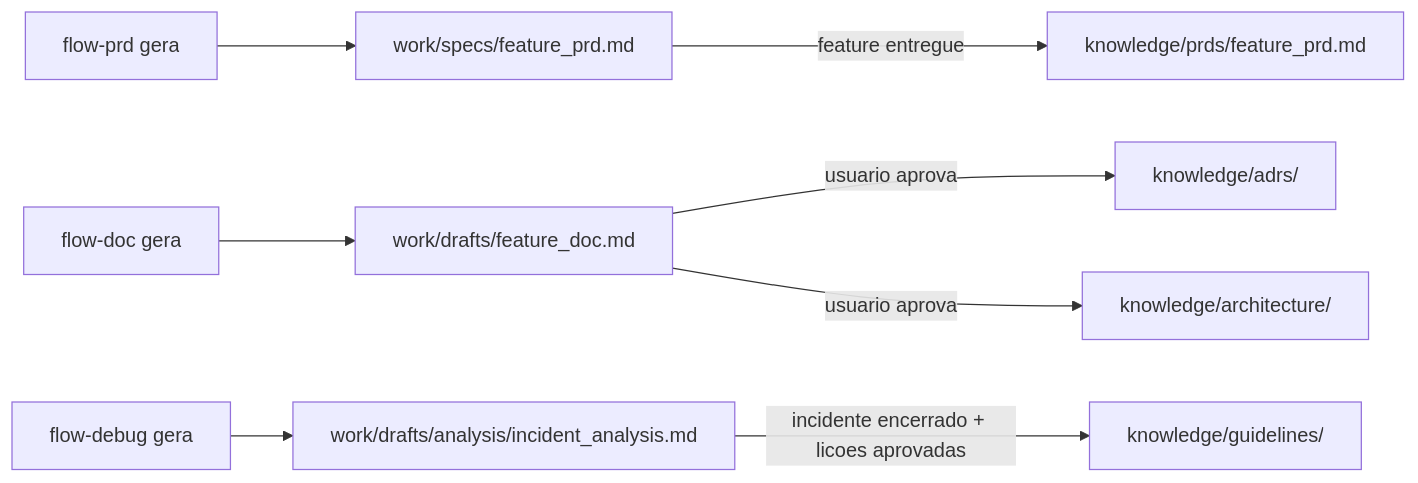
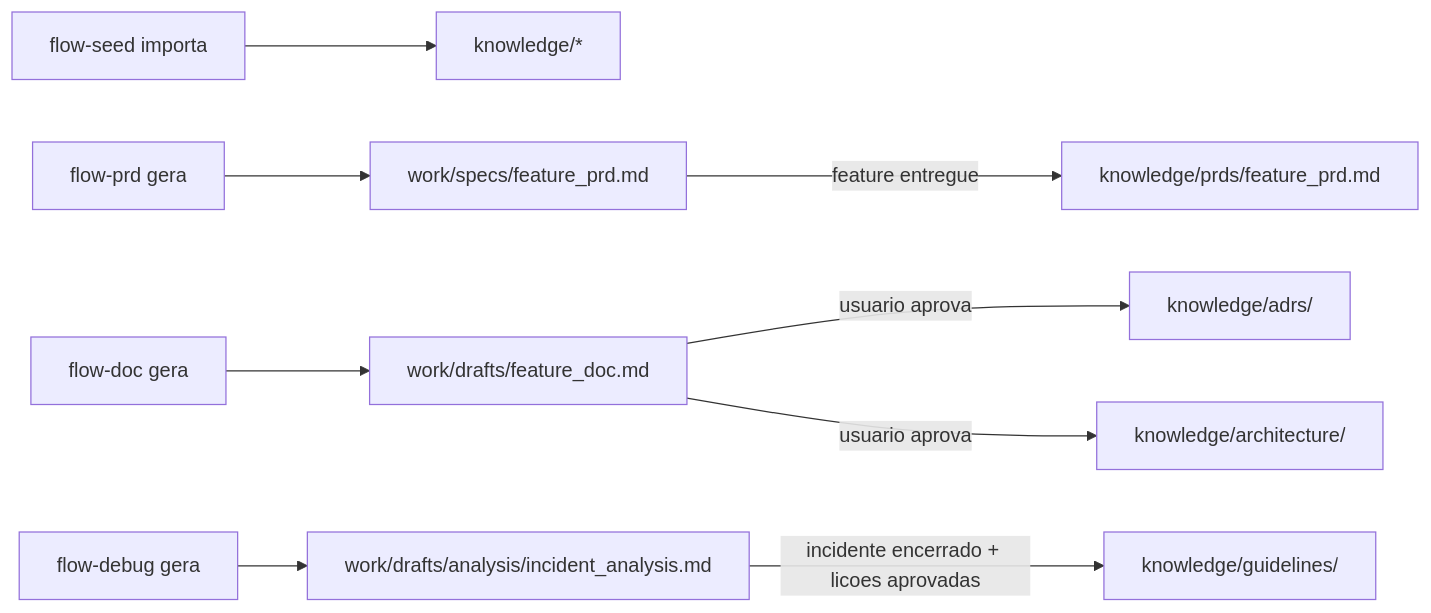
Before and after one commit to viniciuscarneiro/ai-dev-flow: the third of 3 diagrams in README.pt-br.md, drawn with Mermaid. The commit also changed other lines of this file and 15 other files, not shown here.

First line of the commit message:
Add /flow-seed onboarding and PRD knowledge soft gate (#10)

````diff
--- a/README.pt-br.md
+++ b/README.pt-br.md
@@ -188,12 +191,13 @@
 ```mermaid
 graph LR
+    K["flow-seed importa"] --> L["knowledge/*"]
     A["flow-prd gera"] --> B["work/specs/feature_prd.md"]
     B -->|"feature entregue"| C["knowledge/prds/feature_prd.md"]
 
     D["flow-doc gera"] --> E["work/drafts/feature_doc.md"]
     E -->|"usuario aprova"| F["knowledge/adrs/"]
     E -->|"usuario aprova"| G["knowledge/architecture/"]
 
     H["flow-debug gera"] --> I["work/drafts/analysis/incident_analysis.md"]
     I -->|"incidente encerrado + licoes aprovadas"| J["knowledge/guidelines/"]
 ```
````
